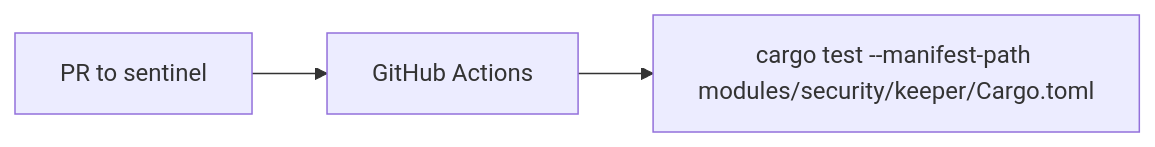
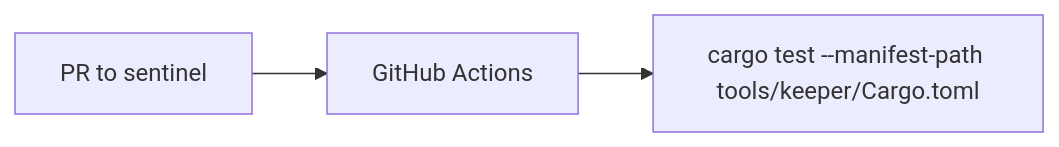
One commit to p10ns11y/arch-machine changed the sixth of 10 diagrams in arch-design/coming-next-keeper.md. Above: the diagram before and after it, drawn with Mermaid. The commit also changed other lines of this file and 28 other files, not shown here.

First line of the commit message:
refactor(keeper): move crate to tools/keeper as first-class product

````diff
--- a/arch-design/coming-next-keeper.md
+++ b/arch-design/coming-next-keeper.md
@@ -207,5 +207,5 @@
 ```mermaid
 flowchart LR
   pr[PR to sentinel] --> ci[GitHub Actions]
-  ci --> test[cargo test --manifest-path modules/security/keeper/Cargo.toml]
+  ci --> test[cargo test --manifest-path tools/keeper/Cargo.toml]
 ```
````
